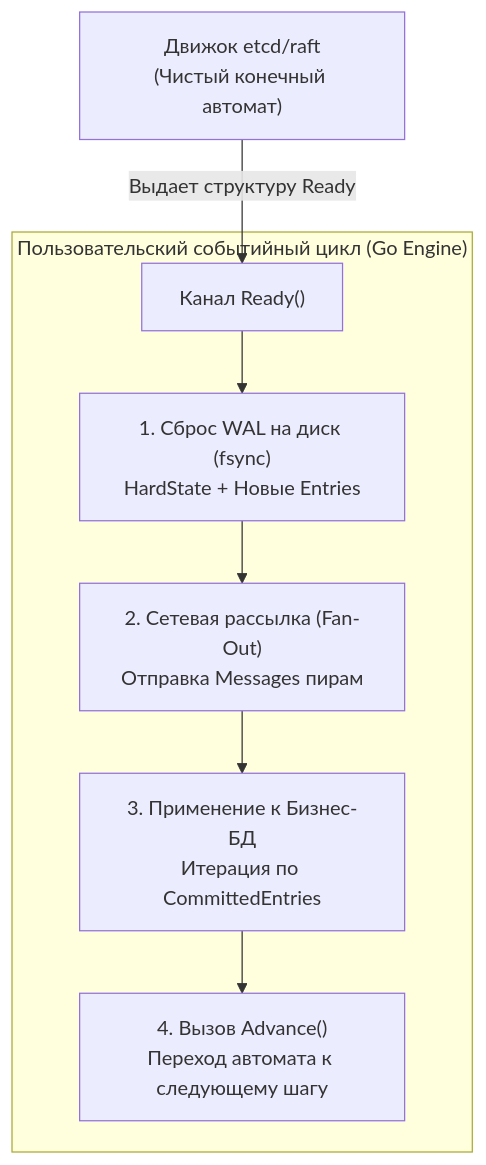
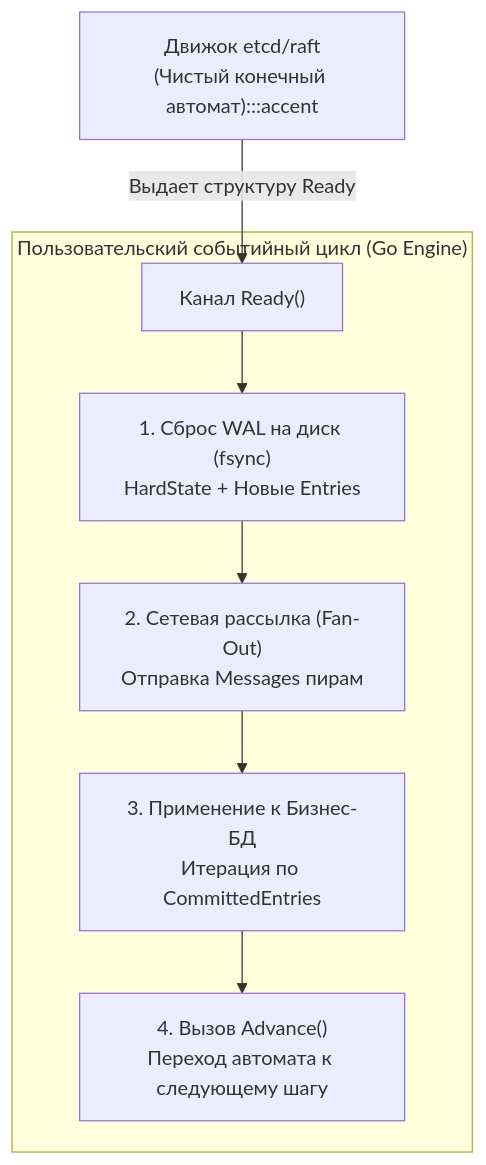
Before and after one commit to UnrealTemplier/go-textbook: the second of 3 diagrams in sources/14. Распределенные системы на Go/02. Консенсус/5. Raft. Safety и гарантии.md, drawn with Mermaid. The commit also changed 1666 other files, not shown here.

First line of the commit message:
feat(mermaid): add semantic color classDef to 1369 colorless flowchart/graph diagrams

````diff
--- a/sources/14. Распределенные системы на Go/02. Консенсус/5. Raft. Safety и гарантии.md
+++ b/sources/14. Распределенные системы на Go/02. Консенсус/5. Raft. Safety и гарантии.md
@@ -108,11 +108,21 @@
 ```mermaid
 flowchart TD
-    RN["Движок etcd/raft<br/>(Чистый конечный автомат)"] -->|Выдает структуру Ready| RD["Канал Ready()"]
+    classDef process  fill:#1e293b,stroke:#38bdf8,stroke-width:1px,color:#f8fafc
+    classDef success  fill:#064e3b,stroke:#34d399,stroke-width:1px,color:#f8fafc
+    classDef error    fill:#7f1d1d,stroke:#f87171,stroke-width:1px,color:#f8fafc
+    classDef warning  fill:#78350f,stroke:#fbbf24,stroke-width:1px,color:#f8fafc
+    classDef entry    fill:#1e3a5f,stroke:#38bdf8,stroke-width:2px,color:#f8fafc
+    classDef aux      fill:#334155,stroke:#64748b,stroke-width:1px,color:#f8fafc
+    classDef system   fill:#312e81,stroke:#a78bfa,stroke-width:1px,color:#f8fafc
+    classDef data     fill:#132d29,stroke:#2dd4bf,stroke-width:1px,color:#f8fafc
+    classDef network  fill:#881337,stroke:#fb7185,stroke-width:1px,color:#f8fafc
+    classDef accent   fill:#1e1b4b,stroke:#818cf8,stroke-width:1px,color:#f8fafc
+    RN["Движок etcd/raft<br/>(Чистый конечный автомат):::accent"] -->|Выдает структуру Ready| RD["Канал Ready()"]
     
     subgraph AppLoop["Пользовательский событийный цикл (Go Engine)"]
         RD --> S1["1. Сброс WAL на диск (fsync)<br/>HardState + Новые Entries"]
         S1 --> S2["2. Сетевая рассылка (Fan-Out)<br/>Отправка Messages пирам"]
         S2 --> S3["3. Применение к Бизнес-БД<br/>Итерация по CommittedEntries"]
         S3 --> S4["4. Вызов Advance()<br/>Переход автомата к следующему шагу"]
     end
 ```
````
